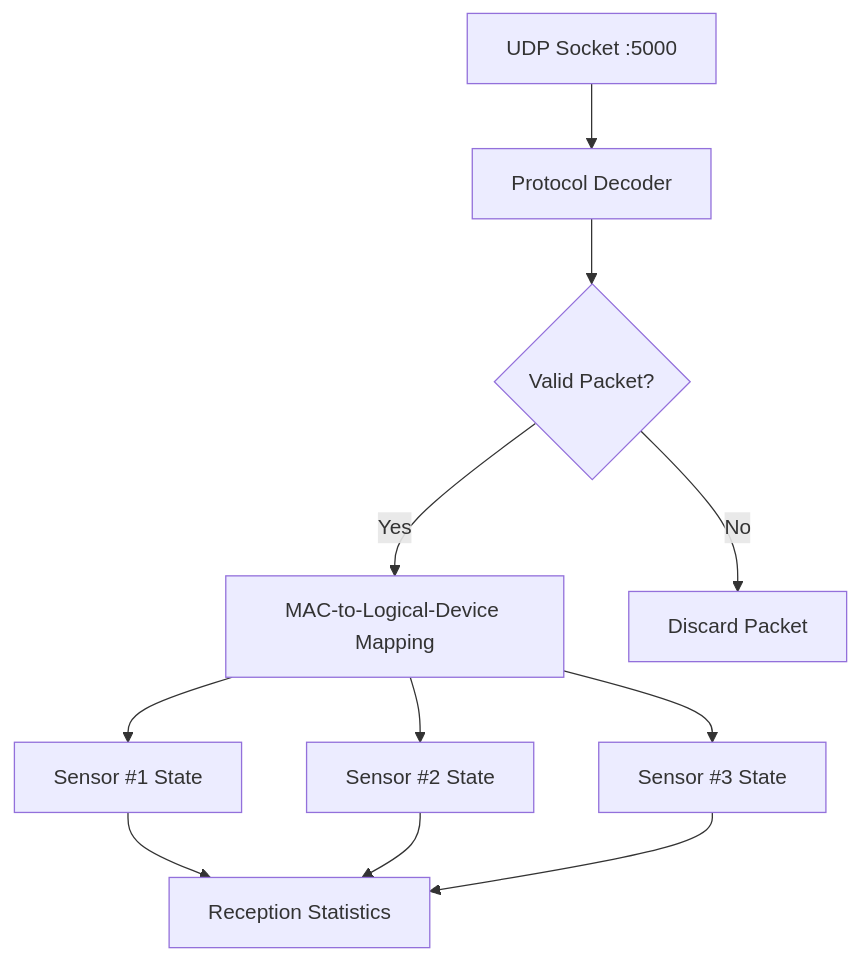
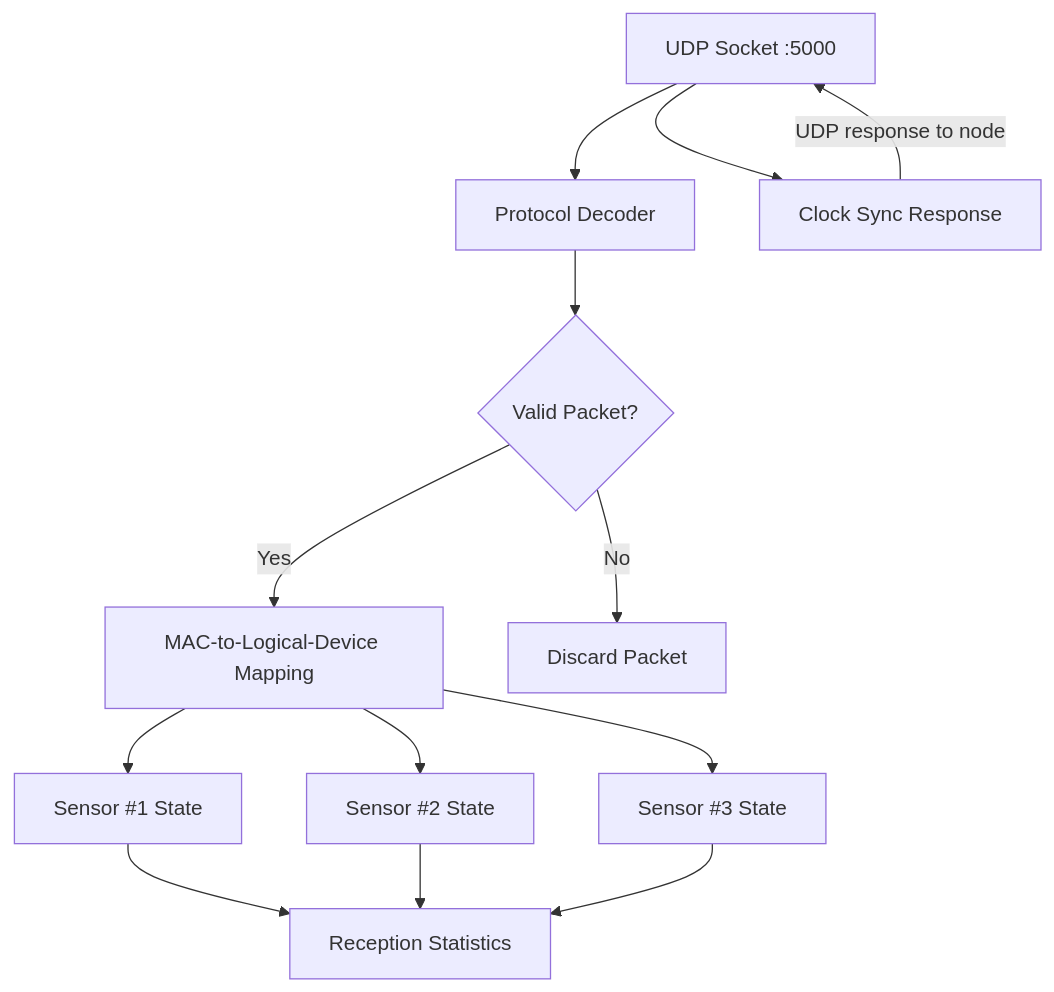
One commit to Neko-vecter/inverted-pendulum-sensor changed the third of 4 diagrams in docs/architecture.md. Above: the diagram before and after it, drawn with Mermaid. The commit also changed other lines of this file and 9 other files, not shown here.

````diff
--- a/docs/architecture.md
+++ b/docs/architecture.md
@@ -77,27 +87,30 @@
 ```mermaid
 flowchart TD
     UDP["UDP Socket :5000"]
     Decoder["Protocol Decoder"]
     Validate{"Valid Packet?"}
     Router["MAC-to-Logical-Device Mapping"]
+    Sync["Clock Sync Response"]
 
     S1["Sensor #1 State"]
     S2["Sensor #2 State"]
     S3["Sensor #3 State"]
 
     Stats["Reception Statistics"]
 
     UDP --> Decoder
+    UDP --> Sync
+    Sync -->|"UDP response to node"| UDP
     Decoder --> Validate
 
     Validate -->|Yes| Router
     Validate -->|No| Drop["Discard Packet"]
 
     Router --> S1
     Router --> S2
     Router --> S3
 
     S1 --> Stats
     S2 --> Stats
     S3 --> Stats
 ```
````
